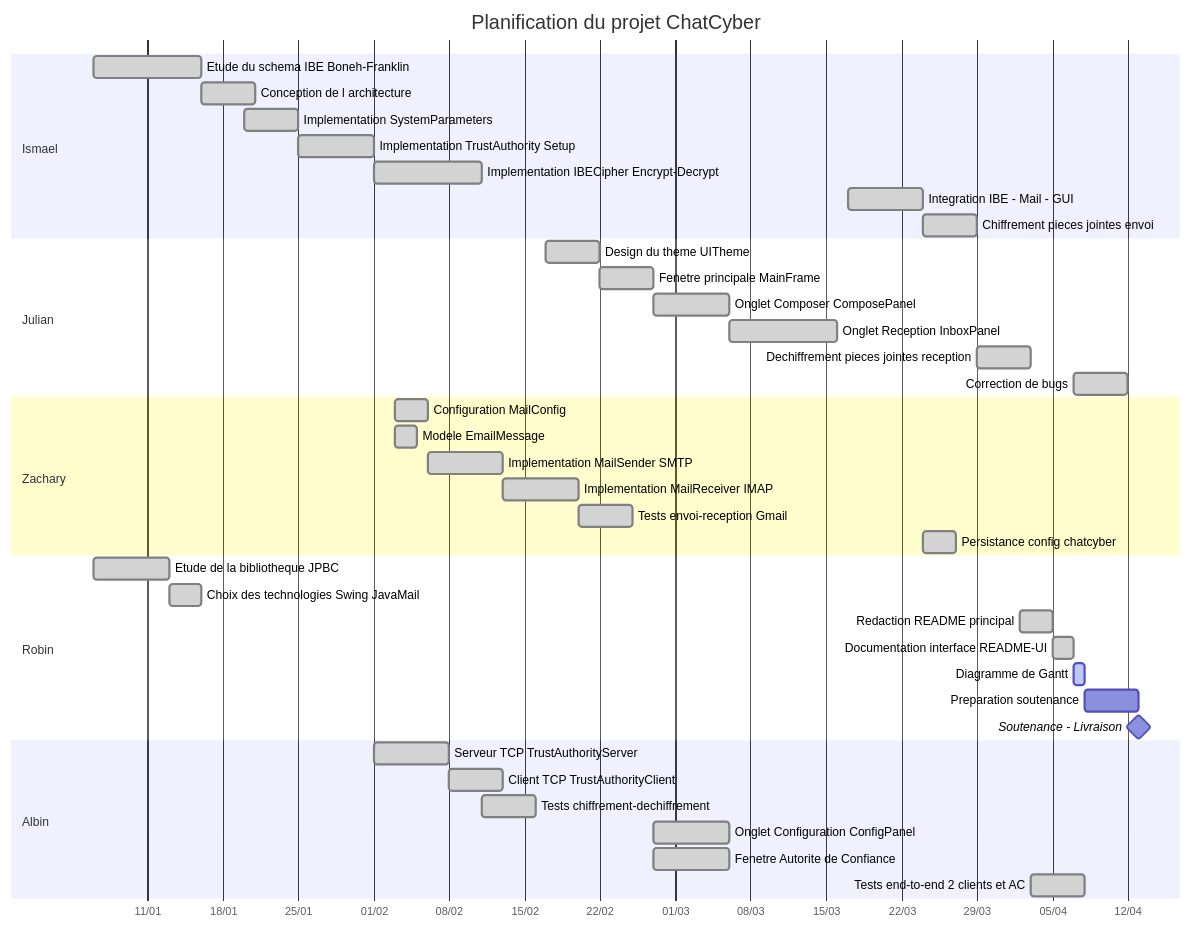
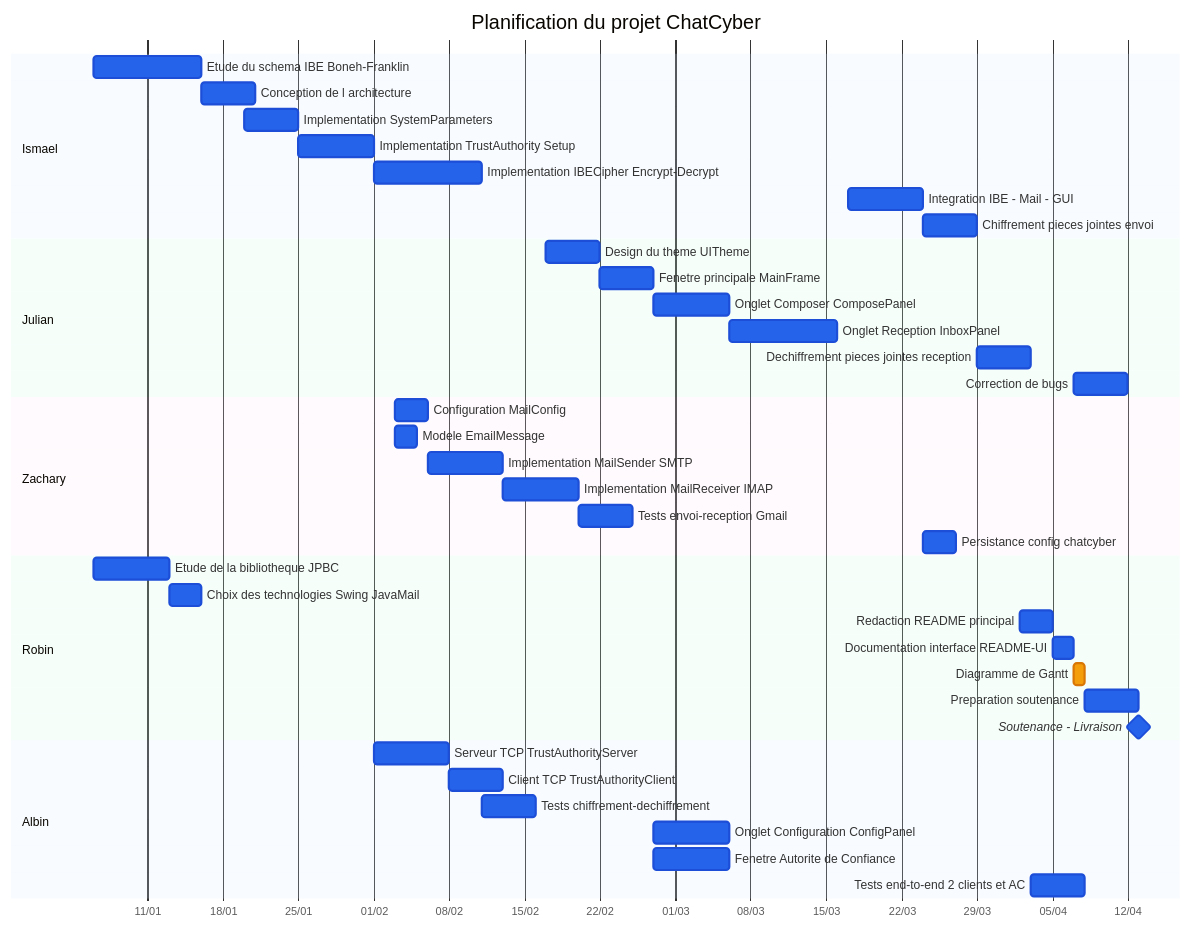
Before and after one commit to ismo009/chatcyber: the diagram in README_GANTT.md, drawn with Mermaid.

````diff
--- a/README_GANTT.md
+++ b/README_GANTT.md
@@ -5,48 +5,75 @@
 ```mermaid
+%%{init: {'theme': 'base', 'themeVariables': {
+    'sectionBkgColor': '#dbeafe',
+    'sectionBkgColor2': '#fce7f3',
+    'altSectionBkgColor': '#d1fae5',
+    'taskBkgColor': '#2563eb',
+    'taskTextColor': '#ffffff',
+    'taskBorderColor': '#1d4ed8',
+    'doneTaskBkgColor': '#2563eb',
+    'doneTaskBorderColor': '#1d4ed8',
+    'activeTaskBkgColor': '#f59e0b',
+    'activeTaskBorderColor': '#d97706',
+    'section0': '#3b82f6',
+    'section1': '#ec4899',
+    'section2': '#10b981',
+    'section3': '#f59e0b',
+    'section4': '#8b5cf6',
+    'taskText0': '#ffffff',
+    'taskText1': '#ffffff',
+    'taskText2': '#ffffff',
+    'taskText3': '#ffffff',
+    'taskText4': '#ffffff',
+    'cScale0': '#3b82f6',
+    'cScale1': '#ec4899',
+    'cScale2': '#10b981',
+    'cScale3': '#f59e0b',
+    'cScale4': '#8b5cf6'
+}}}%%
 gantt
     title Planification du projet ChatCyber
     dateFormat YYYY-MM-DD
     axisFormat %d/%m
 
     section Ismael
     Etude du schema IBE Boneh-Franklin        :done, r1, 2026-01-06, 10d
     Conception de l architecture               :done, r3, after r1, 5d
     Implementation SystemParameters            :done, c1, 2026-01-20, 5d
     Implementation TrustAuthority Setup        :done, c2, after c1, 7d
     Implementation IBECipher Encrypt-Decrypt   :done, c3, after c2, 10d
     Integration IBE - Mail - GUI               :done, i1, 2026-03-17, 7d
     Chiffrement pieces jointes envoi           :done, i2, after i1, 5d
 
     section Julian
     Design du theme UITheme                    :done, g1, 2026-02-17, 5d
     Fenetre principale MainFrame               :done, g2, after g1, 5d
     Onglet Composer ComposePanel               :done, g4, after g2, 7d
     Onglet Reception InboxPanel                :done, g5, after g4, 10d
     Dechiffrement pieces jointes reception     :done, i3, after i2, 5d
     Correction de bugs                         :done, i6, 2026-04-07, 5d
 
     section Zachary
     Configuration MailConfig                   :done, m1, 2026-02-03, 3d
     Modele EmailMessage                        :done, m4, 2026-02-03, 2d
     Implementation MailSender SMTP             :done, m2, after m1, 7d
     Implementation MailReceiver IMAP           :done, m3, after m2, 7d
     Tests envoi-reception Gmail                :done, m5, after m3, 5d
     Persistance config chatcyber               :done, i4, after i1, 3d
 
     section Robin
     Etude de la bibliotheque JPBC              :done, r2, 2026-01-06, 7d
     Choix des technologies Swing JavaMail      :done, r4, 2026-01-13, 3d
     Redaction README principal                 :done, d1, 2026-04-02, 3d
     Documentation interface README-UI          :done, d2, after d1, 2d
     Diagramme de Gantt                         :active, d3, after d2, 1d
     Preparation soutenance                     :d4, after d3, 5d
     Soutenance - Livraison                     :milestone, d5, after d4, 0d
 
     section Albin
     Serveur TCP TrustAuthorityServer           :done, c4, 2026-02-01, 7d
     Client TCP TrustAuthorityClient            :done, c5, after c4, 5d
     Tests chiffrement-dechiffrement            :done, c6, after c3, 5d
     Onglet Configuration ConfigPanel           :done, g3, after g2, 7d
     Fenetre Autorite de Confiance              :done, g6, after g2, 7d
     Tests end-to-end 2 clients et AC           :done, i5, after i3, 5d
 ```
````
